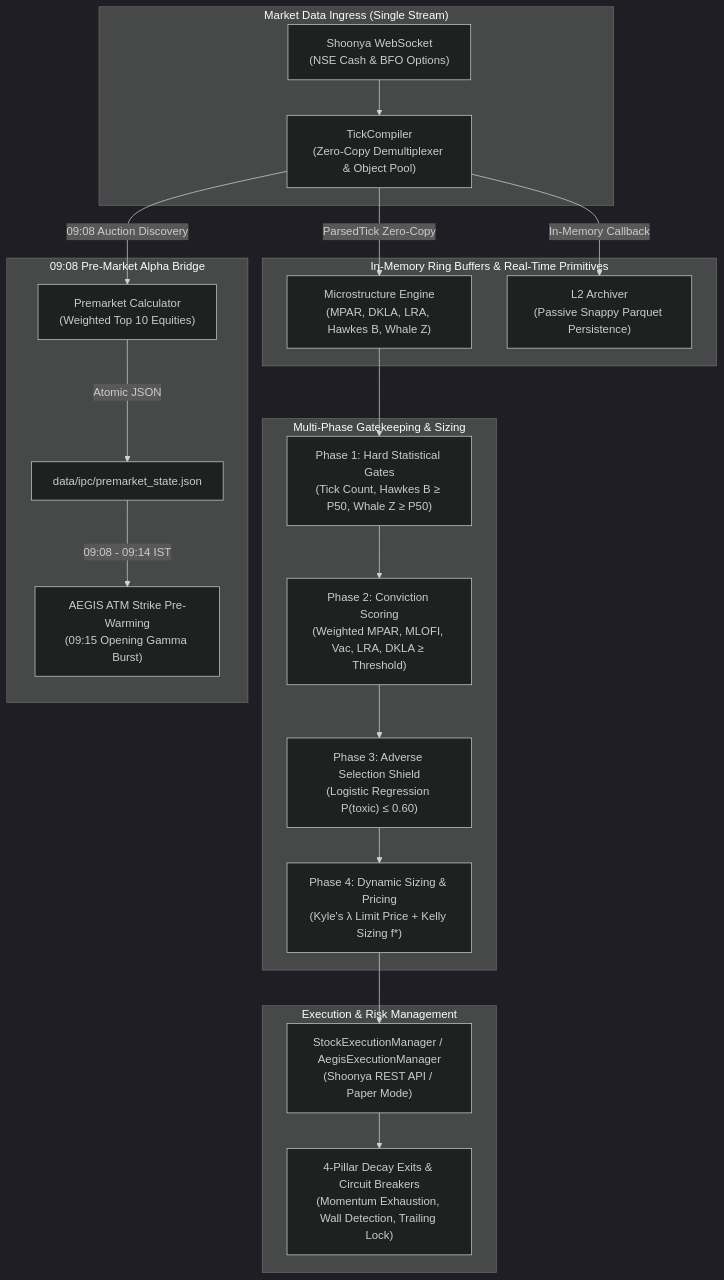
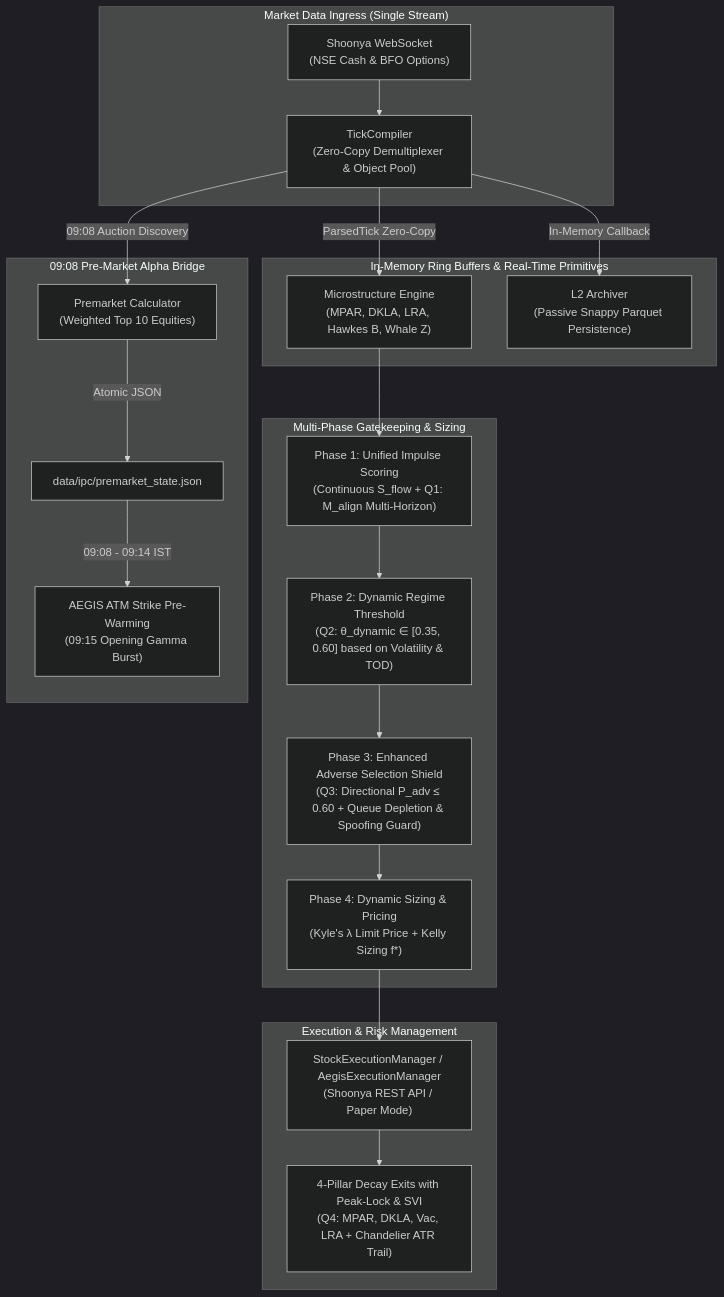
One commit to amarjeetsinghyd/AEGIS changed the diagram in SYSTEM_CONTEXT.md. Above: the diagram before and after it, drawn with Mermaid (dark theme). The commit also changed other lines of this file and 3 other files, not shown here.

Commit message:
Synchronize all master architecture documents to ARGUS v4.0

````diff
--- a/SYSTEM_CONTEXT.md
+++ b/SYSTEM_CONTEXT.md
@@ -12,29 +12,29 @@
 ```mermaid
 flowchart TD
     subgraph Ingress ["Market Data Ingress (Single Stream)"]
         WS["Shoonya WebSocket<br/>(NSE Cash & BFO Options)"] --> DEMUX["TickCompiler<br/>(Zero-Copy Demultiplexer & Object Pool)"]
     end
 
     subgraph Memory ["In-Memory Ring Buffers & Real-Time Primitives"]
         DEMUX -->|ParsedTick Zero-Copy| ME["Microstructure Engine<br/>(MPAR, DKLA, LRA, Hawkes B, Whale Z)"]
         DEMUX -->|In-Memory Callback| ARCH["L2 Archiver<br/>(Passive Snappy Parquet Persistence)"]
     end
 
     subgraph Gates ["Multi-Phase Gatekeeping & Sizing"]
-        ME --> G1["Phase 1: Hard Statistical Gates<br/>(Tick Count, Hawkes B ≥ P50, Whale Z ≥ P50)"]
-        G1 --> G2["Phase 2: Conviction Scoring<br/>(Weighted MPAR, MLOFI, Vac, LRA, DKLA ≥ Threshold)"]
-        G2 --> G3["Phase 3: Adverse Selection Shield<br/>(Logistic Regression P(toxic) ≤ 0.60)"]
+        ME --> G1["Phase 1: Unified Impulse Scoring<br/>(Continuous S_flow + Q1: M_align Multi-Horizon)"]
+        G1 --> G2["Phase 2: Dynamic Regime Threshold<br/>(Q2: θ_dynamic ∈ [0.35, 0.60] based on Volatility & TOD)"]
+        G2 --> G3["Phase 3: Enhanced Adverse Selection Shield<br/>(Q3: Directional P_adv ≤ 0.60 + Queue Depletion & Spoofing Guard)"]
         G3 --> G4["Phase 4: Dynamic Sizing & Pricing<br/>(Kyle's λ Limit Price + Kelly Sizing f*)"]
     end
 
     subgraph Execution ["Execution & Risk Management"]
         G4 --> EX["StockExecutionManager / AegisExecutionManager<br/>(Shoonya REST API / Paper Mode)"]
-        EX --> RM["4-Pillar Decay Exits & Circuit Breakers<br/>(Momentum Exhaustion, Wall Detection, Trailing Lock)"]
+        EX --> RM["4-Pillar Decay Exits with Peak-Lock & SVI<br/>(Q4: MPAR, DKLA, Vac, LRA + Chandelier ATR Trail)"]
     end
 
     subgraph Bridge ["09:08 Pre-Market Alpha Bridge"]
         DEMUX -->|09:08 Auction Discovery| PM["Premarket Calculator<br/>(Weighted Top 10 Equities)"]
         PM -->|Atomic JSON| IPC["data/ipc/premarket_state.json"]
         IPC -->|09:08 - 09:14 IST| AEGIS["AEGIS ATM Strike Pre-Warming<br/>(09:15 Opening Gamma Burst)"]
     end
 ```
````
